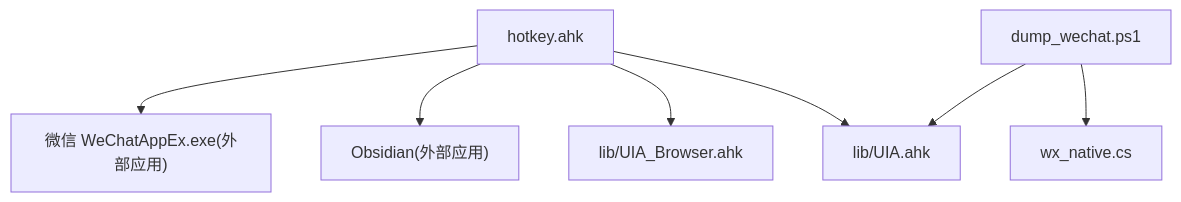
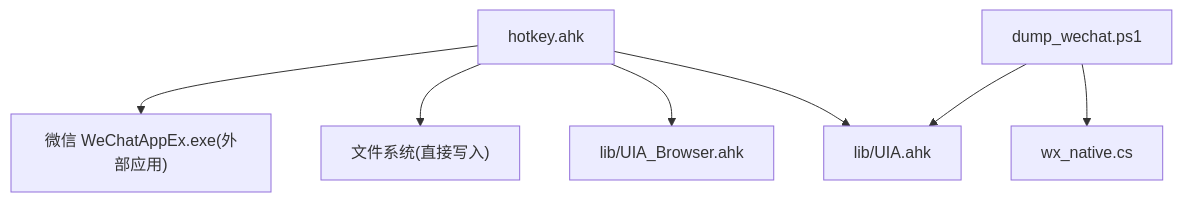
The first of 7 diagrams in .qoder/repowiki/zh/content/外部工具集成/微信文章处理系统.md (wangys-123doit/hotkey), drawn with Mermaid before and after one commit. The commit also changed other lines of this file and 8 other files, not shown here.

````diff
--- a/.qoder/repowiki/zh/content/外部工具集成/微信文章处理系统.md
+++ b/.qoder/repowiki/zh/content/外部工具集成/微信文章处理系统.md
@@ -40,9 +50,9 @@
 ```mermaid
 graph TB
 A["hotkey.ahk"] --> B["lib/UIA.ahk"]
 A --> C["lib/UIA_Browser.ahk"]
 D["dump_wechat.ps1"] --> E["wx_native.cs"]
 D --> B
-A --> F["Obsidian(外部应用)"]
+A --> F["文件系统(直接写入)"]
 A --> G["微信 WeChatAppEx.exe(外部应用)"]
 ```
````
